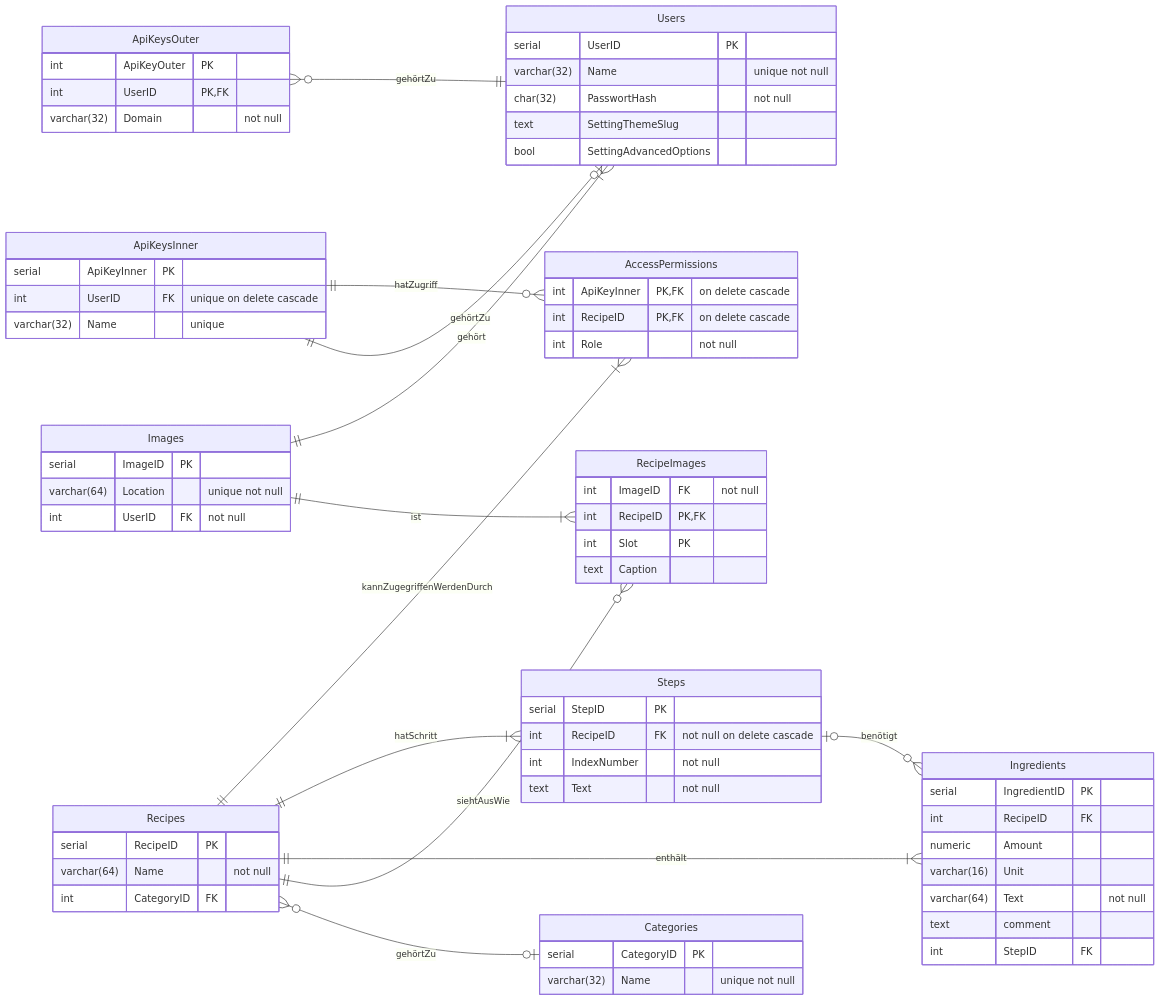
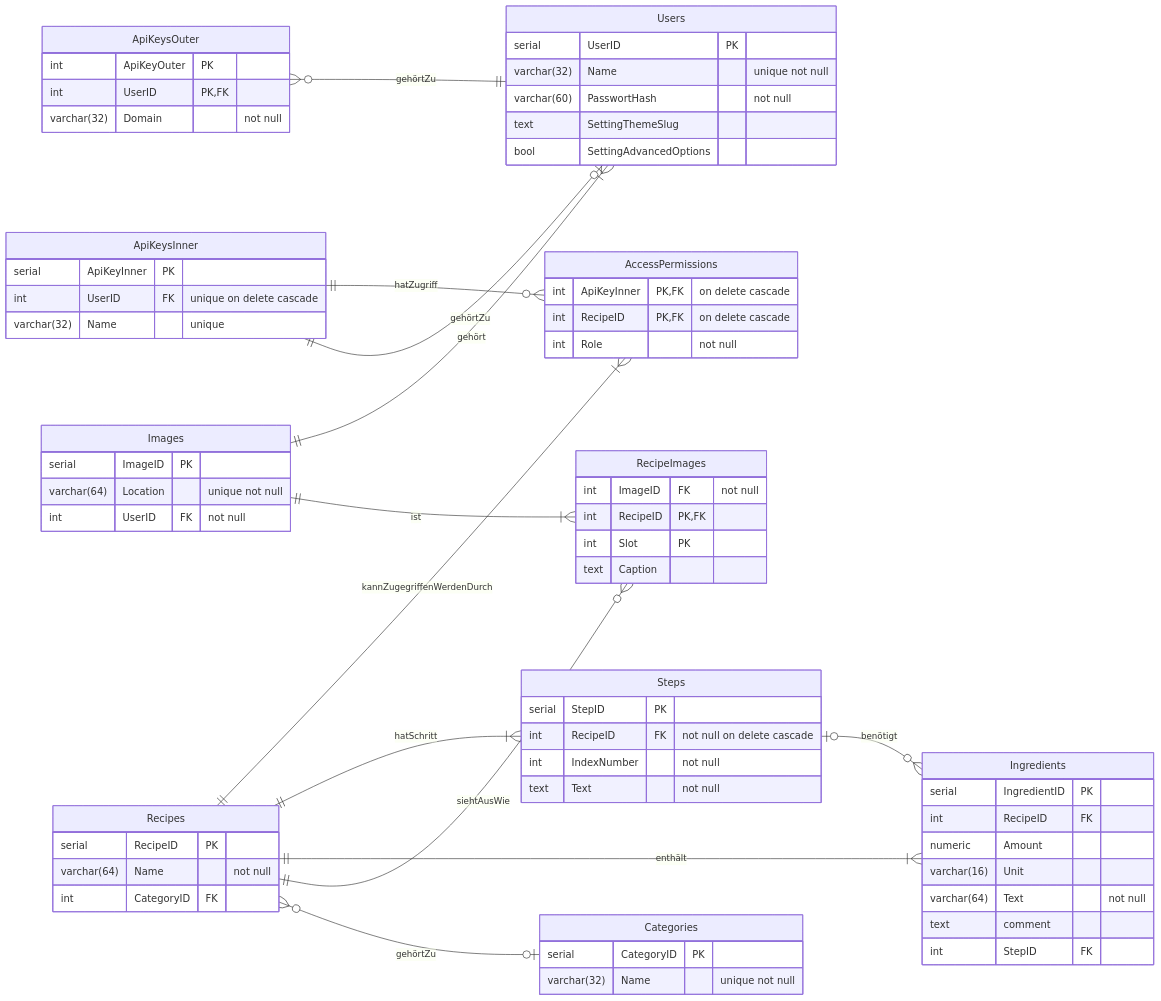
The diagram in db.md (juve33/kochbuch), drawn with Mermaid before and after one commit.

Commit message:
changed password_hash data type to match bcrypt output

```diff
--- a/db.md
+++ b/db.md
@@ -7,7 +7,7 @@
 Users {
     serial UserID PK
     varchar(32) Name "unique not null"
-    char(32) PasswortHash "not null"
+    varchar(60) PasswortHash "not null"
     text SettingThemeSlug
     bool SettingAdvancedOptions
 }
```
